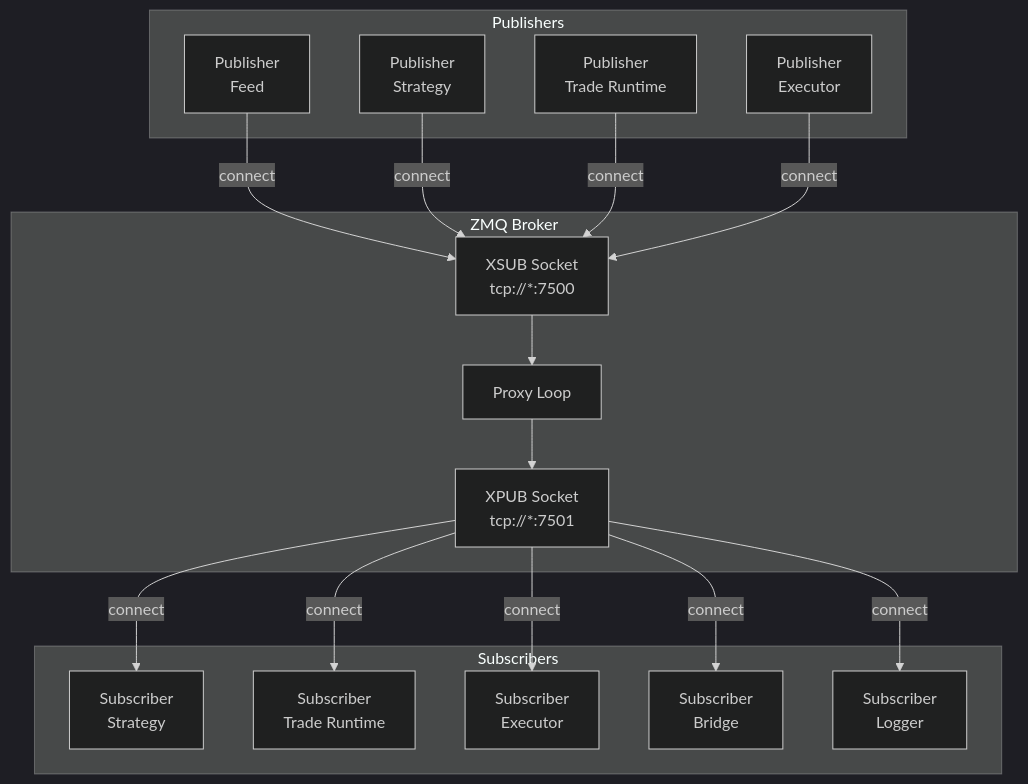
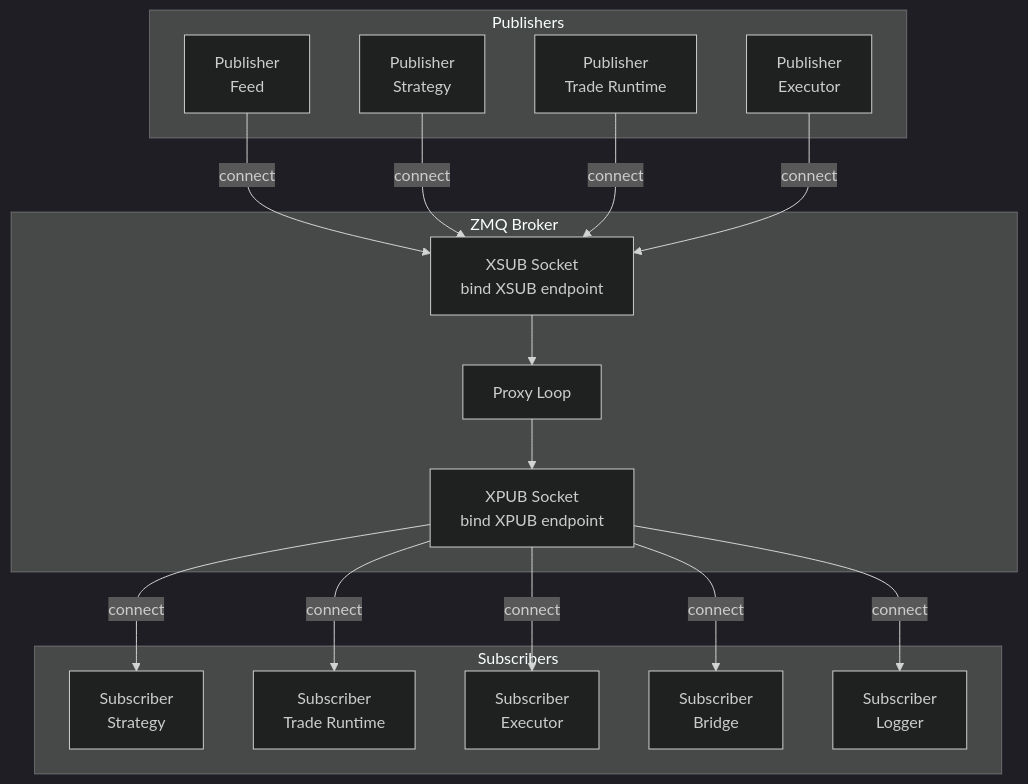
One commit to mateusz-klatt/snapper changed the first of 2 diagrams in docs/messaging.md. Above: the diagram before and after it, drawn with Mermaid (dark theme). The commit also changed other lines of this file and 7 other files, not shown here.

````diff
--- a/docs/messaging.md
+++ b/docs/messaging.md
@@ -8,34 +8,34 @@
 ```mermaid
 flowchart TB
     subgraph Publishers
         P1["Publisher<br/>Feed"]
         P2["Publisher<br/>Strategy"]
         P3["Publisher<br/>Trade Runtime"]
         P4["Publisher<br/>Executor"]
     end
 
     subgraph Broker["ZMQ Broker"]
-        XSUB["XSUB Socket<br/>tcp://*:7500"]
+        XSUB["XSUB Socket<br/>bind XSUB endpoint"]
         Proxy["Proxy Loop"]
-        XPUB["XPUB Socket<br/>tcp://*:7501"]
+        XPUB["XPUB Socket<br/>bind XPUB endpoint"]
         XSUB --> Proxy --> XPUB
     end
 
     subgraph Subscribers
         S1["Subscriber<br/>Strategy"]
         S2["Subscriber<br/>Trade Runtime"]
         S3["Subscriber<br/>Executor"]
         S4["Subscriber<br/>Bridge"]
         S5["Subscriber<br/>Logger"]
     end
 
     P1 -->|connect| XSUB
     P2 -->|connect| XSUB
     P3 -->|connect| XSUB
     P4 -->|connect| XSUB
     XPUB -->|connect| S1
     XPUB -->|connect| S2
     XPUB -->|connect| S3
     XPUB -->|connect| S4
     XPUB -->|connect| S5
 ```
````
